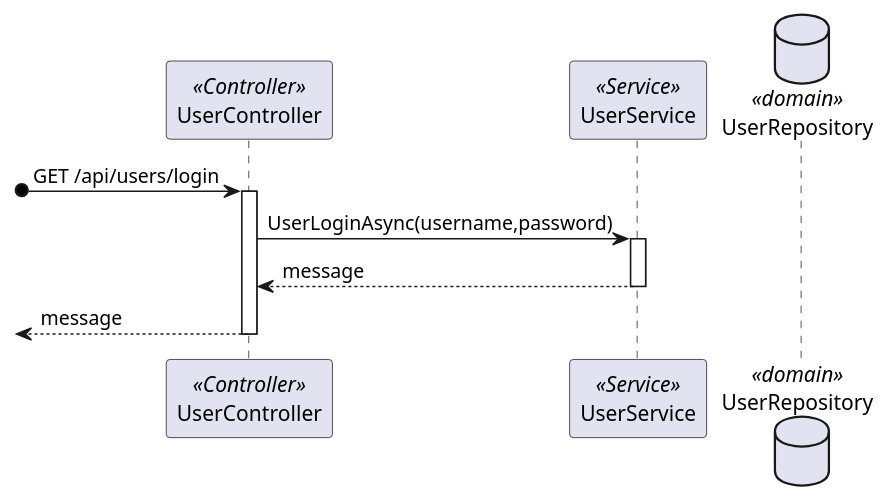
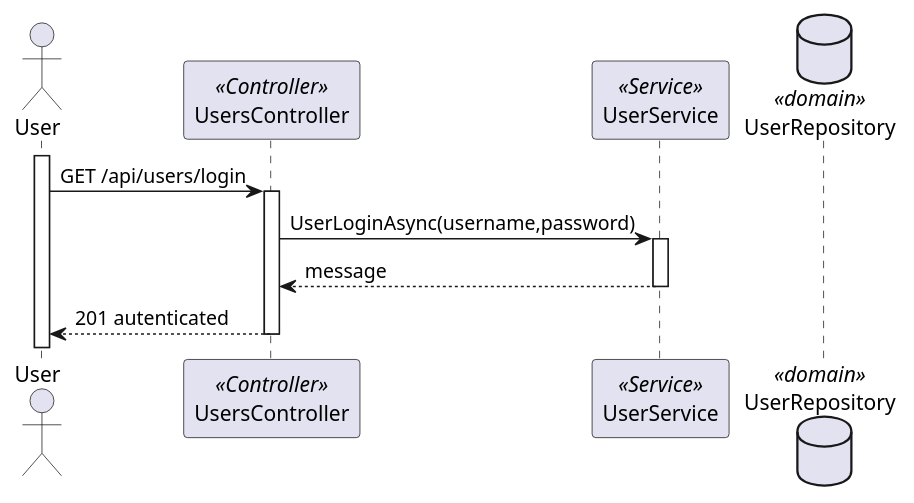
One commit to 1220846/sem5pi-24-25-3ddg20 changed the diagram in docs/sprint-a/us-5.1.6/views/level3/process-view.puml. Above: the diagram before and after it, drawn with PlantUML.

Commit message:
docs: level 3 modification #6

```diff
--- a/docs/sprint-a/us-5.1.6/views/level3/process-view.puml
+++ b/docs/sprint-a/us-5.1.6/views/level3/process-view.puml
@@ -1,28 +1,30 @@
 @startuml level3
 
-participant "UserController" as Controller <<Controller>>
+actor "User" as UserP
+participant "UsersController" as Controller <<Controller>>
 participant "UserService" as Service <<Service>>
 database "UserRepository" as UserRepository <<domain>>
 
-?o->Controller:GET /api/users/login
+activate UserP
+UserP->Controller:GET /api/users/login
 activate Controller
 
     Controller->Service:UserLoginAsync(username,password)
     activate Service
 
         
 
         /'
         Service->Auth:verifyLogin(user,password)
         activate Auth
 
             Auth-->Service:result
         deactivate Auth
         '/
 
         Service-->Controller:message
     deactivate Service
-    <--Controller:message
+    UserP<--Controller:201 autenticated
 deactivate Controller
 
 @enduml
```
